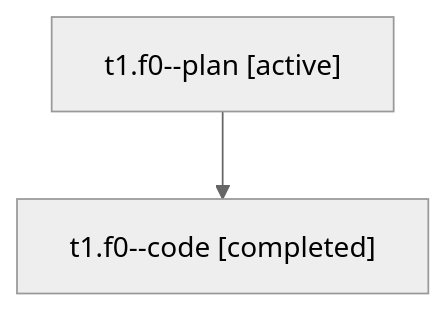
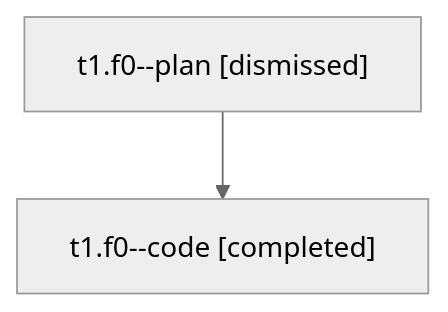
One commit to bobs-org/bob-cli--agents changed the diagram in sessions/bbugyi200.athena.t1.f0.md. Above: the diagram before and after it, drawn with Mermaid (neutral theme). The commit also changed other lines of this file and 40 other files, not shown here.

````diff
--- a/sessions/bbugyi200.athena.t1.f0.md
+++ b/sessions/bbugyi200.athena.t1.f0.md
@@ -9,6 +9,6 @@
 ```mermaid
 flowchart TD
-  n0["t1.f0--plan [active]"]
+  n0["t1.f0--plan [dismissed]"]
   n1["t1.f0--code [completed]"]
   n0 --> n1
 ```
````
